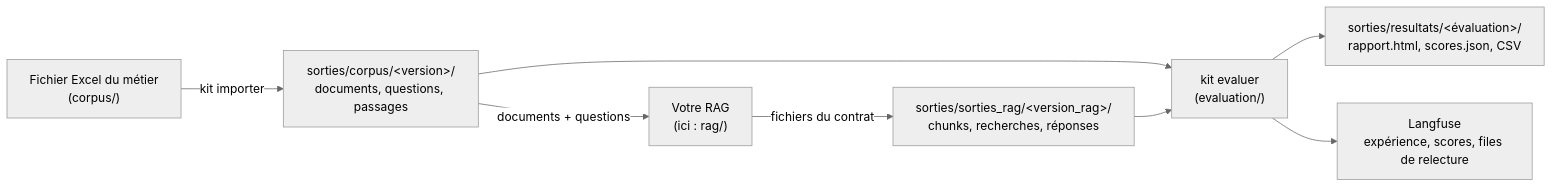
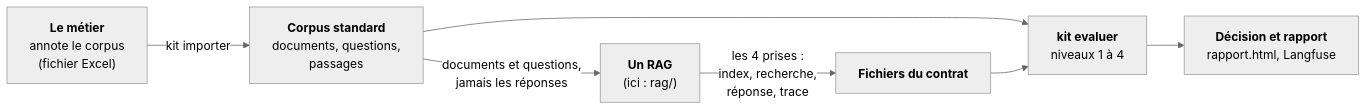
Before and after one commit to floSa/RAG-Evaluation: the diagram in README.md, drawn with Mermaid (neutral theme). The commit also changed other lines of this file and 2 other files, not shown here.

````diff
--- a/README.md
+++ b/README.md
@@ -39,10 +11,9 @@
 ```mermaid
 flowchart LR
-    A["Fichier Excel du métier<br/>(corpus/)"] -->|kit importer| B["sorties/corpus/&lt;version&gt;/<br/>documents, questions, passages"]
-    B -->|documents + questions| R["Votre RAG<br/>(ici : rag/)"]
-    R -->|fichiers du contrat| S["sorties/sorties_rag/&lt;version_rag&gt;/<br/>chunks, recherches, réponses"]
-    B --> K["kit evaluer<br/>(evaluation/)"]
-    S --> K
-    K --> X["sorties/resultats/&lt;évaluation&gt;/<br/>rapport.html, scores.json, CSV"]
-    K --> L["Langfuse<br/>expérience, scores, files de relecture"]
+    M["<b>Le métier</b><br/>annote le corpus<br/>(fichier Excel)"] -->|"kit importer"| C["<b>Corpus standard</b><br/>documents, questions,<br/>passages"]
+    C -->|"documents et questions,<br/>jamais les réponses"| R["<b>Un RAG</b><br/>(ici : rag/)"]
+    R -->|"les 4 prises :<br/>index, recherche,<br/>réponse, trace"| F["<b>Fichiers du contrat</b>"]
+    C --> K["<b>kit evaluer</b><br/>niveaux 1 à 4"]
+    F --> K
+    K --> D["<b>Décision et rapport</b><br/>rapport.html, Langfuse"]
 ```
````
